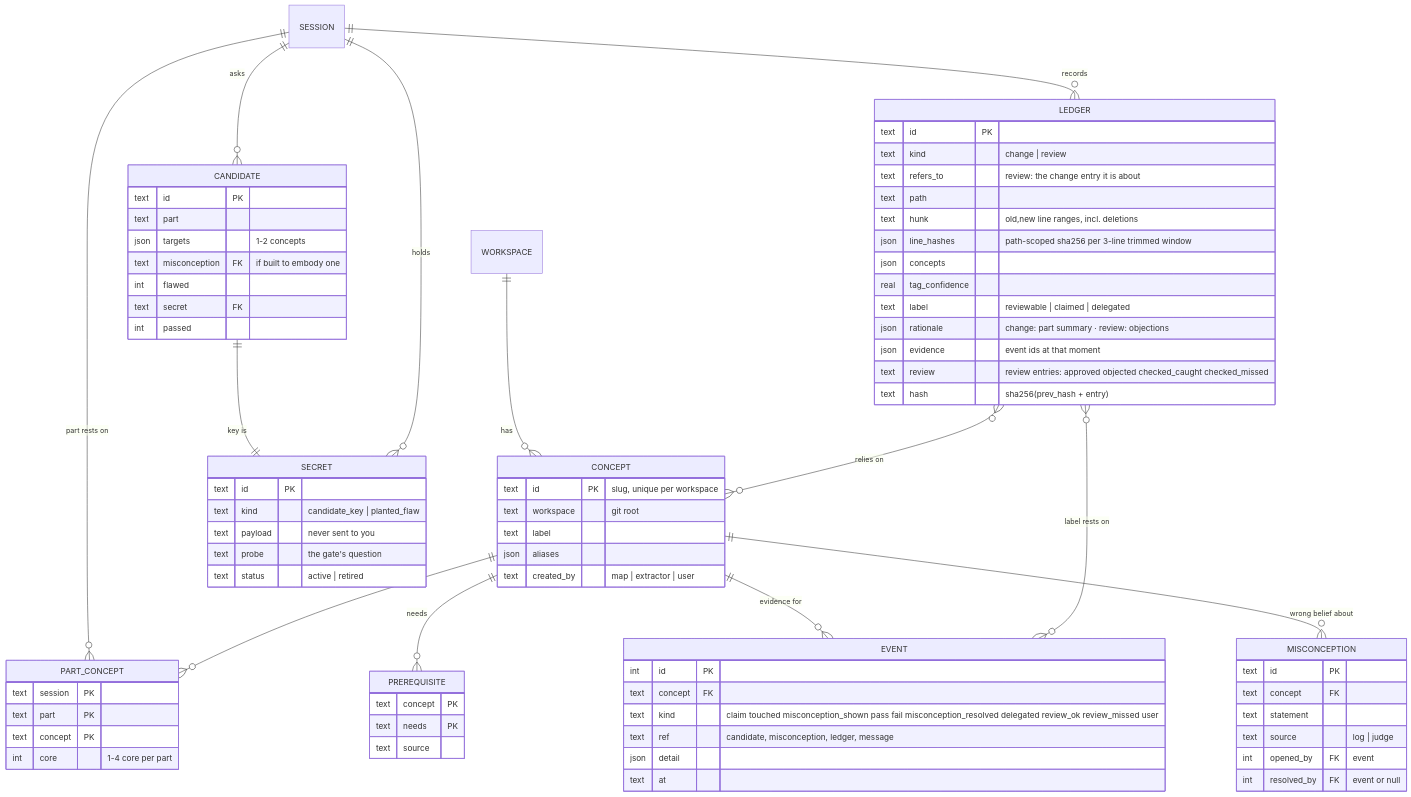
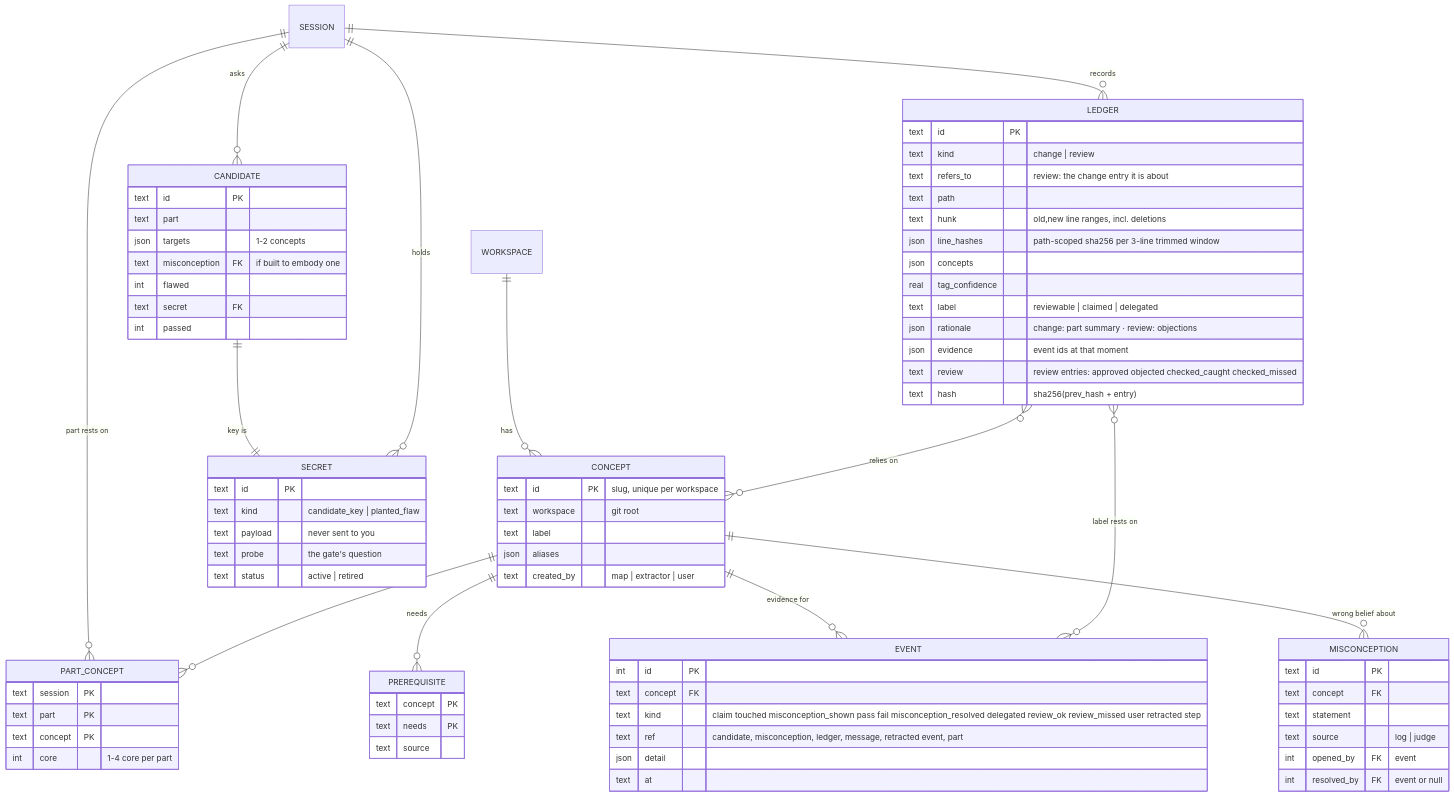
Before and after one commit to lprsrts/pathfinder: the third of 13 diagrams in docs/theory.md, drawn with Mermaid. The commit also changed other lines of this file and 52 other files, not shown here.

````diff
--- a/docs/theory.md
+++ b/docs/theory.md
@@ -272,81 +275,81 @@
 ```mermaid
 erDiagram
     WORKSPACE ||--o{ CONCEPT : has
     CONCEPT ||--o{ PREREQUISITE : needs
     CONCEPT ||--o{ EVENT : "evidence for"
     CONCEPT ||--o{ MISCONCEPTION : "wrong belief about"
     SESSION ||--o{ PART_CONCEPT : "part rests on"
     CONCEPT ||--o{ PART_CONCEPT : ""
     SESSION ||--o{ CANDIDATE : asks
     CANDIDATE ||--|| SECRET : "key is"
     SESSION ||--o{ SECRET : holds
     SESSION ||--o{ LEDGER : records
     LEDGER }o--o{ CONCEPT : "relies on"
     LEDGER }o--o{ EVENT : "label rests on"
 
     CONCEPT {
         text id PK "slug, unique per workspace"
         text workspace "git root"
         text label
         json aliases
         text created_by "map | extractor | user"
     }
     PREREQUISITE {
         text concept PK
         text needs PK
         text source
     }
     PART_CONCEPT {
         text session PK
         text part PK
         text concept PK
         int core "1-4 core per part"
     }
     EVENT {
         int id PK
         text concept FK
-        text kind "claim touched misconception_shown pass fail misconception_resolved delegated review_ok review_missed user"
-        text ref "candidate, misconception, ledger, message"
+        text kind "claim touched misconception_shown pass fail misconception_resolved delegated review_ok review_missed user retracted step"
+        text ref "candidate, misconception, ledger, message, retracted event, part"
         json detail
         text at
     }
     MISCONCEPTION {
         text id PK
         text concept FK
         text statement
         text source "log | judge"
         int opened_by FK "event"
         int resolved_by FK "event or null"
     }
     CANDIDATE {
         text id PK
         text part
         json targets "1-2 concepts"
         text misconception FK "if built to embody one"
         int flawed
         text secret FK
         int passed
     }
     SECRET {
         text id PK
         text kind "candidate_key | planted_flaw"
         text payload "never sent to you"
         text probe "the gate's question"
         text status "active | retired"
     }
     LEDGER {
         text id PK
         text kind "change | review"
         text refers_to "review: the change entry it is about"
         text path
         text hunk "old,new line ranges, incl. deletions"
         json line_hashes "path-scoped sha256 per 3-line trimmed window"
         json concepts
         real tag_confidence
         text label "reviewable | claimed | delegated"
         json rationale "change: part summary · review: objections"
         json evidence "event ids at that moment"
         text review "review entries: approved objected checked_caught checked_missed"
         text hash "sha256(prev_hash + entry)"
     }
 ```
````
